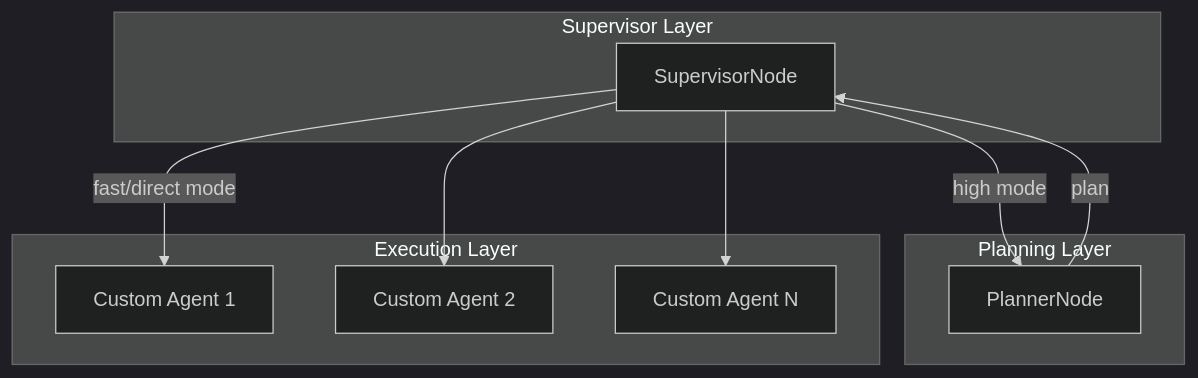
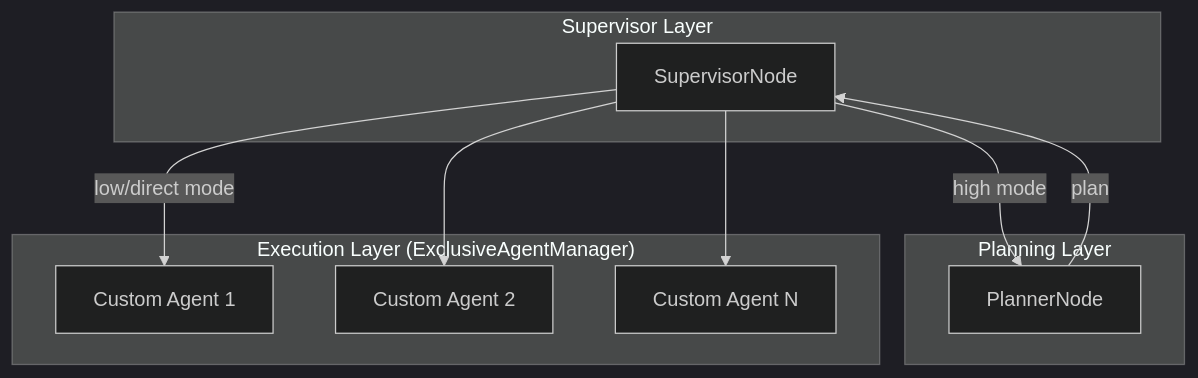
Before and after one commit to coco4atJP/Tepora-alpha: the fourth of 10 diagrams in docs/architecture/ARCHITECTURE.md, drawn with Mermaid (dark theme). The commit also changed other lines of this file and 110 other files, not shown here.

````diff
--- a/docs/architecture/ARCHITECTURE.md
+++ b/docs/architecture/ARCHITECTURE.md
@@ -439,22 +467,22 @@
 ```mermaid
 graph TD
     subgraph "Supervisor Layer"
         SUP[SupervisorNode]
     end
   
     subgraph "Planning Layer"
         PLAN[PlannerNode]
     end
   
-    subgraph "Execution Layer"
+    subgraph "Execution Layer (ExclusiveAgentManager)"
         A1[Custom Agent 1]
         A2[Custom Agent 2]
         AN[Custom Agent N]
     end
   
     SUP -->|high mode| PLAN
     PLAN -->|plan| SUP
-    SUP -->|fast/direct mode| A1
+    SUP -->|low/direct mode| A1
     SUP --> A2
     SUP --> AN
 ```
````
